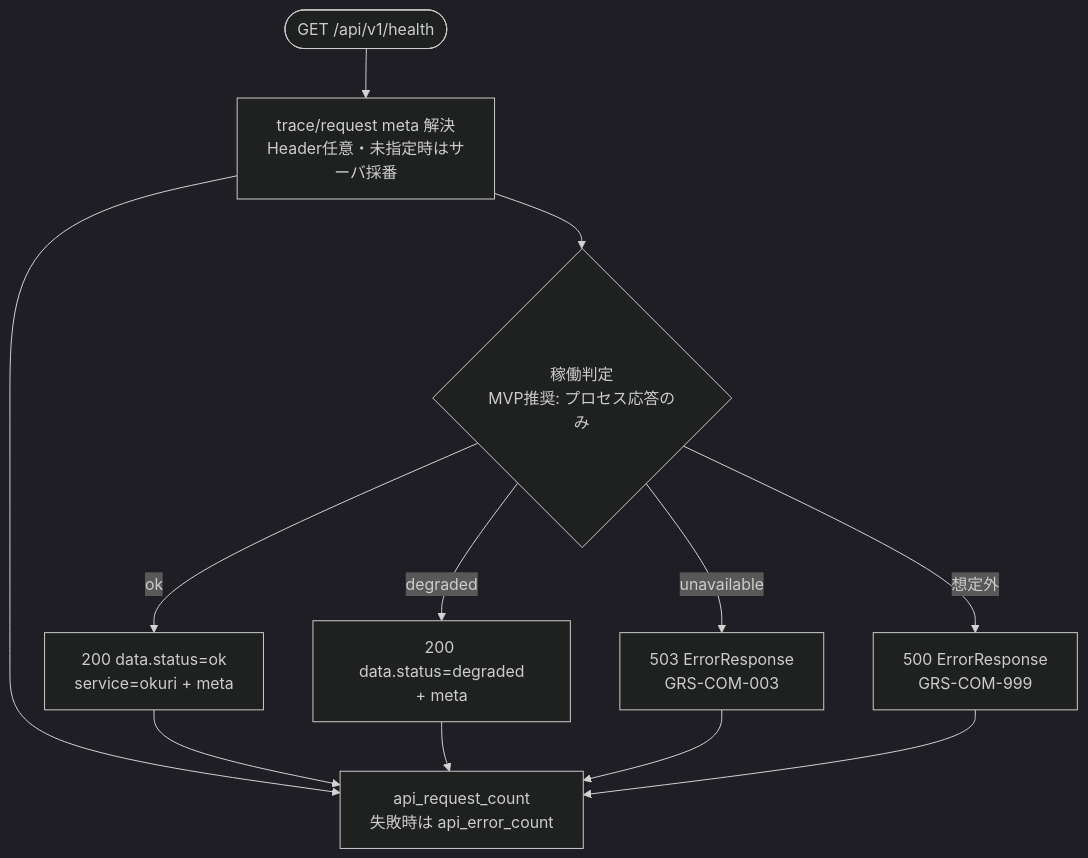
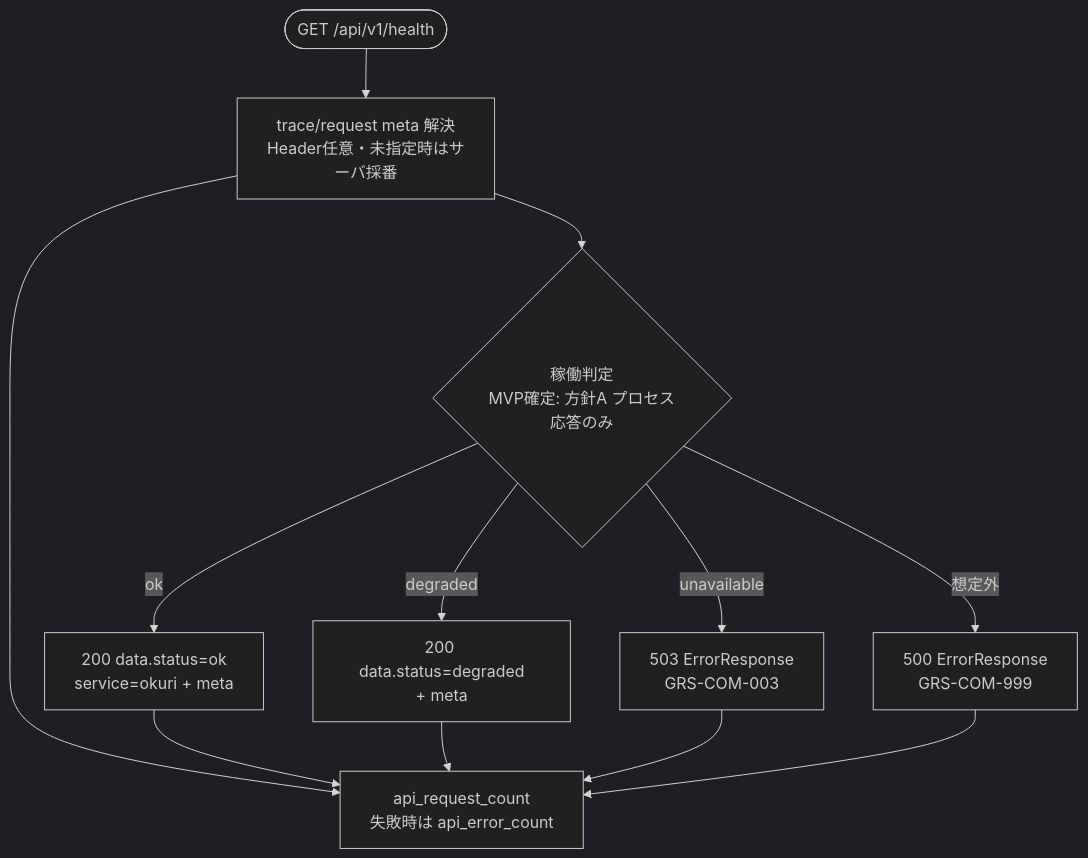
The diagram in docs/06_実装設計/api/API-PUB-001_APIヘルスチェックAPI実装仕様書.md (ryo-chan-k6/GiftRecommendAPP_MVP_CYCLE_3), drawn with Mermaid (dark theme) before and after one commit. The commit also changed other lines of this file, not shown here.

````diff
--- a/docs/06_実装設計/api/API-PUB-001_APIヘルスチェックAPI実装仕様書.md
+++ b/docs/06_実装設計/api/API-PUB-001_APIヘルスチェックAPI実装仕様書.md
@@ -110,14 +110,14 @@
 ```mermaid
 flowchart TD
     START([GET /api/v1/health]) --> META[trace/request meta 解決<br/>Header任意・未指定時はサーバ採番]
-    META --> JUDGE{稼働判定<br/>MVP推奨: プロセス応答のみ}
+    META --> JUDGE{稼働判定<br/>MVP確定: 方針A プロセス応答のみ}
     JUDGE -->|ok| OK200[200 data.status=ok<br/>service=okuri + meta]
     JUDGE -->|degraded| DEG200[200 data.status=degraded<br/>+ meta]
     JUDGE -->|unavailable| E503[503 ErrorResponse<br/>GRS-COM-003]
     JUDGE -->|想定外| E500[500 ErrorResponse<br/>GRS-COM-999]
     META --> METRIC[api_request_count<br/>失敗時は api_error_count]
     OK200 --> METRIC
     DEG200 --> METRIC
     E503 --> METRIC
     E500 --> METRIC
 ```
````
